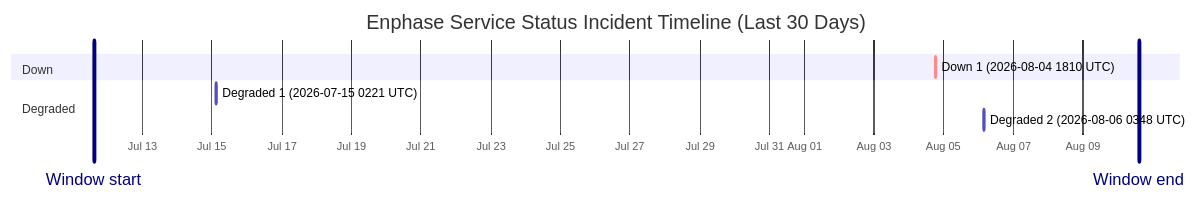
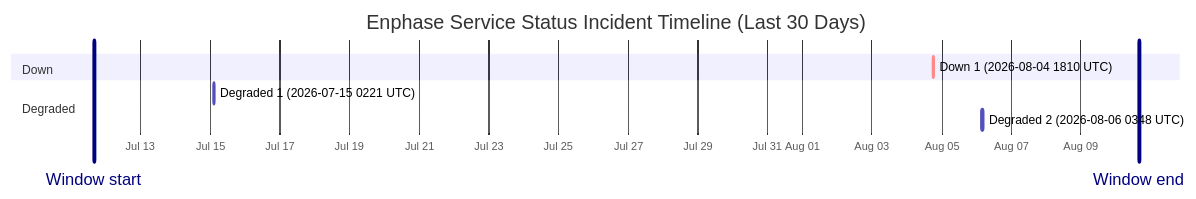
One commit to barneyonline/ha-enphase-energy changed the diagram in wiki/Service-Status-History.md. Above: the diagram before and after it, drawn with Mermaid. The commit also changed other lines of this file and 3 other files, not shown here.

````diff
--- a/wiki/Service-Status-History.md
+++ b/wiki/Service-Status-History.md
@@ -14,13 +14,13 @@
 ```mermaid
 gantt
     title Enphase Service Status Incident Timeline (Last 30 Days)
     dateFormat  YYYY-MM-DDTHH:mm:ss
     axisFormat  %b %d
-    Window start :vert, window-start, 2026-07-11T14:35:23, 0ms
-    Window end :vert, window-end, 2026-08-10T14:35:23, 0ms
+    Window start :vert, window-start, 2026-07-11T15:58:11, 0ms
+    Window end :vert, window-end, 2026-08-10T15:58:11, 0ms
     section Down
     Down 1 (2026-08-04 1810 UTC) :crit, down-1, 2026-08-04T18:10:46, 60m
     section Degraded
     Degraded 1 (2026-07-15 0221 UTC) :active, degraded-1, 2026-07-15T02:21:35, 60m
     Degraded 2 (2026-08-06 0348 UTC) :active, degraded-2, 2026-08-06T03:48:14, 60m
 ```
````
